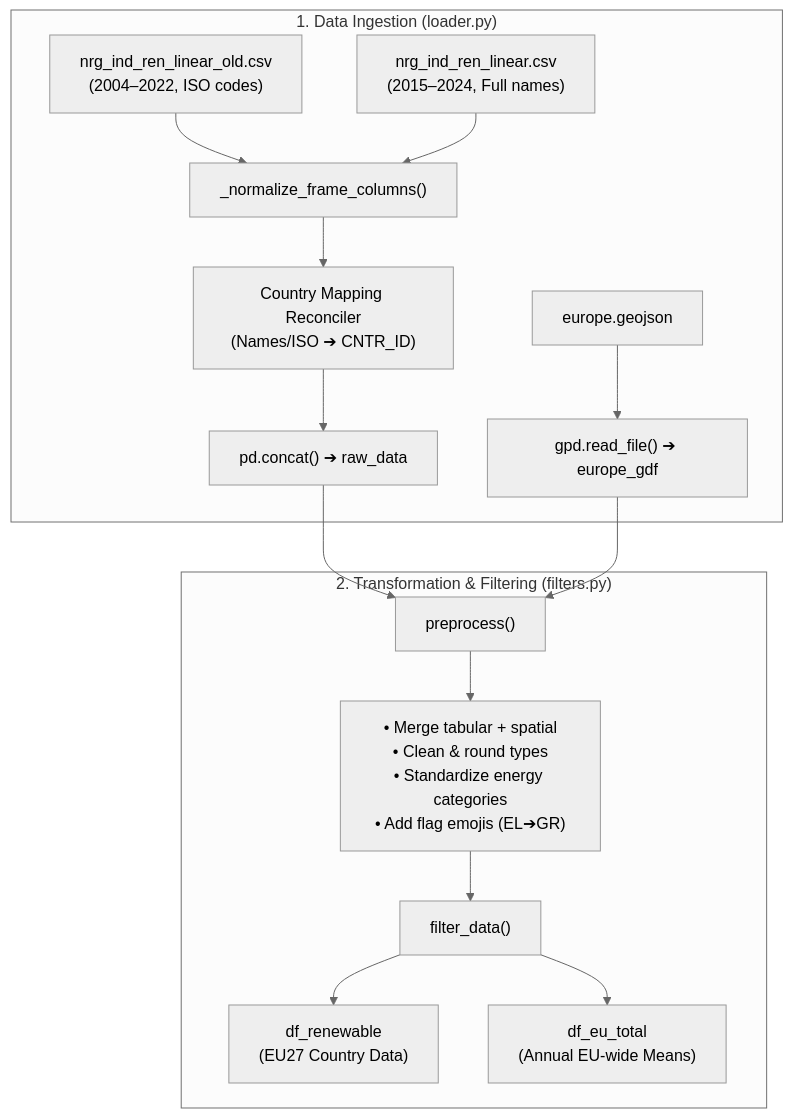
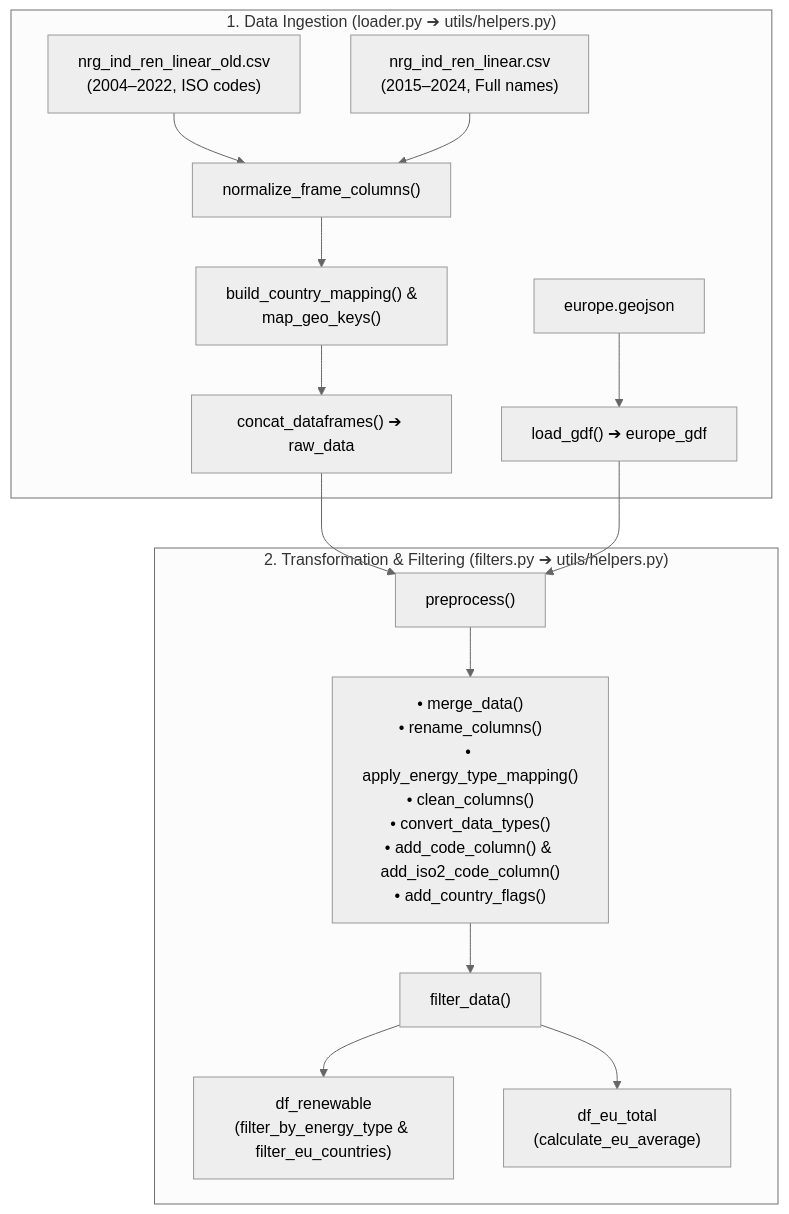
One commit to kuranez/eu-energy-map changed the second of 2 diagrams in docs/documentation.md. Above: the diagram before and after it, drawn with Mermaid (neutral theme). The commit also changed other lines of this file and 6 other files, not shown here.

````diff
--- a/docs/documentation.md
+++ b/docs/documentation.md
@@ -324,18 +337,18 @@
 ```mermaid
 flowchart TD
-    subgraph Ingestion ["1. Data Ingestion (loader.py)"]
-        A["nrg_ind_ren_linear_old.csv<br/>(2004–2022, ISO codes)"] --> C["_normalize_frame_columns()"]
+    subgraph Ingestion ["1. Data Ingestion (loader.py ➔ utils/helpers.py)"]
+        A["nrg_ind_ren_linear_old.csv<br/>(2004–2022, ISO codes)"] --> C["normalize_frame_columns()"]
         B["nrg_ind_ren_linear.csv<br/>(2015–2024, Full names)"] --> C
-        C --> D["Country Mapping Reconciler<br/>(Names/ISO ➔ CNTR_ID)"]
-        D --> E["pd.concat() ➔ raw_data"]
-        GEO["europe.geojson"] --> GDF["gpd.read_file() ➔ europe_gdf"]
+        C --> D["build_country_mapping() &<br/>map_geo_keys()"]
+        D --> E["concat_dataframes() ➔ raw_data"]
+        GEO["europe.geojson"] --> GDF["load_gdf() ➔ europe_gdf"]
     end
 
-    subgraph Transformation ["2. Transformation & Filtering (filters.py)"]
+    subgraph Transformation ["2. Transformation & Filtering (filters.py ➔ utils/helpers.py)"]
         E & GDF --> F["preprocess()"]
-        F --> G["• Merge tabular + spatial<br/>• Clean & round types<br/>• Standardize energy categories<br/>• Add flag emojis (EL➔GR)"]
+        F --> G["• merge_data()<br/>• rename_columns()<br/>• apply_energy_type_mapping()<br/>• clean_columns()<br/>• convert_data_types()<br/>• add_code_column() & add_iso2_code_column()<br/>• add_country_flags()"]
         G --> H["filter_data()"]
-        H --> I["df_renewable<br/>(EU27 Country Data)"]
-        H --> J["df_eu_total<br/>(Annual EU-wide Means)"]
+        H --> I["df_renewable<br/>(filter_by_energy_type & filter_eu_countries)"]
+        H --> J["df_eu_total<br/>(calculate_eu_average)"]
     end
 ```
````
